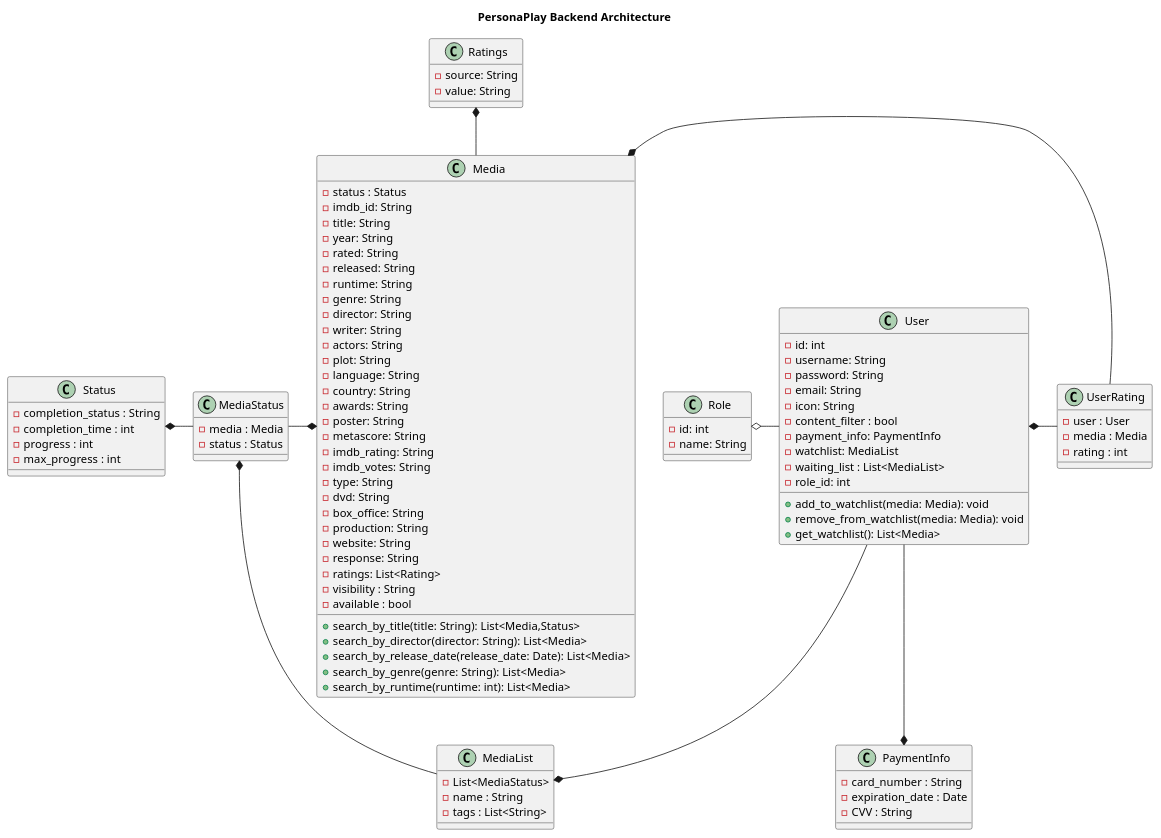
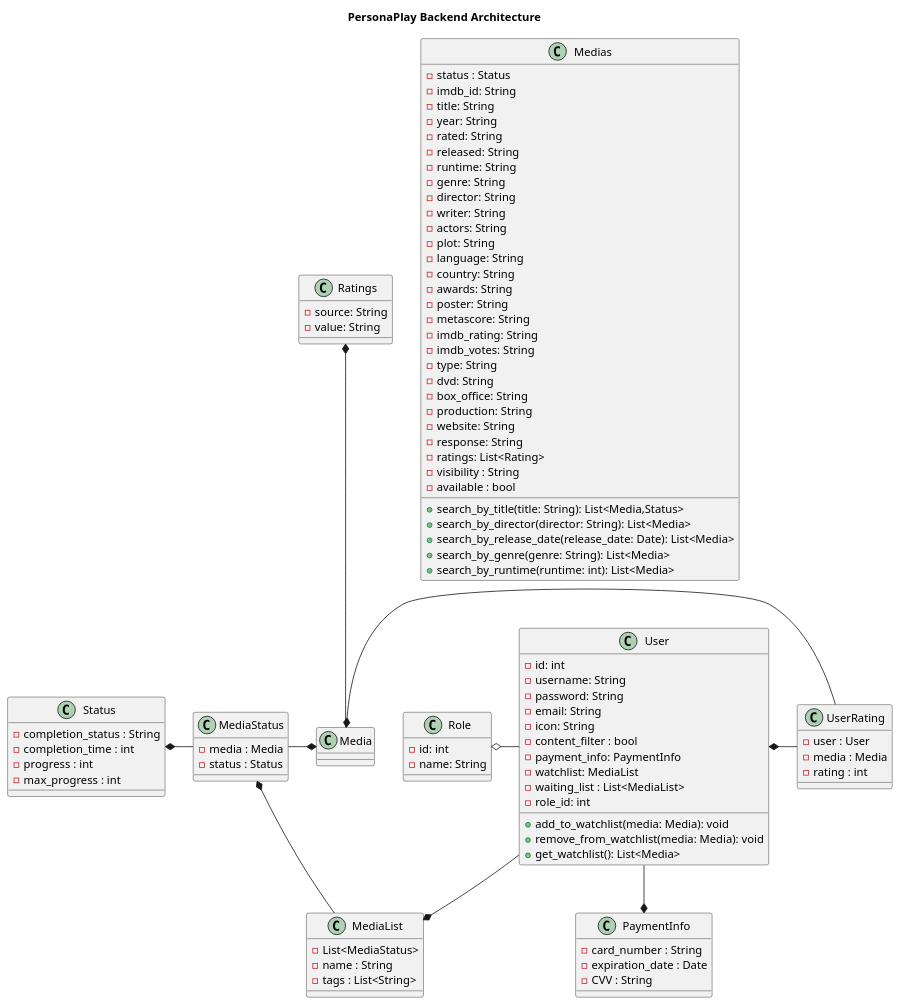
The diagram in src/main/resources/com/example/personaplayfront/Diagram/CD.puml (Loxed/PersonaPlayApplication), drawn with PlantUML before and after one commit. The commit also changed 36 other files, not shown here.

```diff
--- a/src/main/resources/com/example/personaplayfront/Diagram/CD.puml
+++ b/src/main/resources/com/example/personaplayfront/Diagram/CD.puml
@@ -1,135 +1,135 @@
 @startuml
 
 title "PersonaPlay Backend Architecture"
 
-'a Media is a movie, tv show, or video game
+'a Medias is a movie, tv show, or video game
 ' it is composed of a list of ratings
 
-class Media {
+class Medias {
   - status : Status
   - imdb_id: String
   - title: String
   - year: String
   - rated: String
   - released: String
   - runtime: String
   - genre: String
   - director: String
   - writer: String
   - actors: String
   - plot: String
   - language: String
   - country: String
   - awards: String
   - poster: String
   - metascore: String
   - imdb_rating: String
   - imdb_votes: String
   - type: String
   - dvd: String
   - box_office: String
   - production: String
   - website: String
   - response: String
   - ratings: List<Rating>
   - visibility : String
   - available : bool
   
   + search_by_title(title: String): List<Media,Status>
   + search_by_director(director: String): List<Media>
   + search_by_release_date(release_date: Date): List<Media>
   + search_by_genre(genre: String): List<Media>
   + search_by_runtime(runtime: int): List<Media>
 }
 
 ' a status is linked with a media via MediaStatus, and determines how much of a film or a show is watched
 class Status {
     - completion_status : String
     - completion_time : int
     - progress : int
     - max_progress : int
 }
 
 ' a media status is a link between a media and a user
 class MediaStatus {
     - media : Media
     - status : Status
 }
 
 ' a user is a person who uses the application
 ' a user has a watchlist, multiple waiting lists, and a payment info
 ' they also have a role, which is either admin or user
 class User {
   - id: int
   - username: String
   - password: String
   - email: String
   - icon: String
   - content_filter : bool
   - payment_info: PaymentInfo
   - watchlist: MediaList
   - waiting_list : List<MediaList>
   - role_id: int
   
   + add_to_watchlist(media: Media): void
   + remove_from_watchlist(media: Media): void
   + get_watchlist(): List<Media>
 }
 
 ' a media list is a list of media statuses
 ' it allows for custom lists to be created, and also stores every media watched by a user via "watchlist"
 ' it also has customizable tags, 0 or more
 class MediaList {
     - List<MediaStatus>
     - name : String
     - tags : List<String>
 }
 
 ' a role is either admin or user
 class Role {
   - id: int
   - name: String
 }
 
 ' a payment info is a credit card number, expiration date, and CVV
 class PaymentInfo {
     - card_number : String
     - expiration_date : Date
     - CVV : String
 }
 
 ' a rating is a source and a value like "imdb" and "8.5", or "rotten tomatoes" and "90%"
 class Ratings {
     - source: String
     - value: String
 }
 
 
 ' a user rating is a rating given by a user to a media
 ' there's only one rating per user per media
 class UserRating {
     - user : User
     - media : Media
     - rating : int
 }
 
 User -l-o Role
 
 User -d-* PaymentInfo
 
 User -r-* MediaList
 
 'Medialist is composed of List<MediaStatus>
 MediaList -u-* MediaStatus
 
 MediaStatus -r-* Media
 MediaStatus -l-* Status
 
 UserRating -l-* User
 UserRating -l-* Media
 
 
 
 Media -u-* Ratings
 
 @enduml
```
